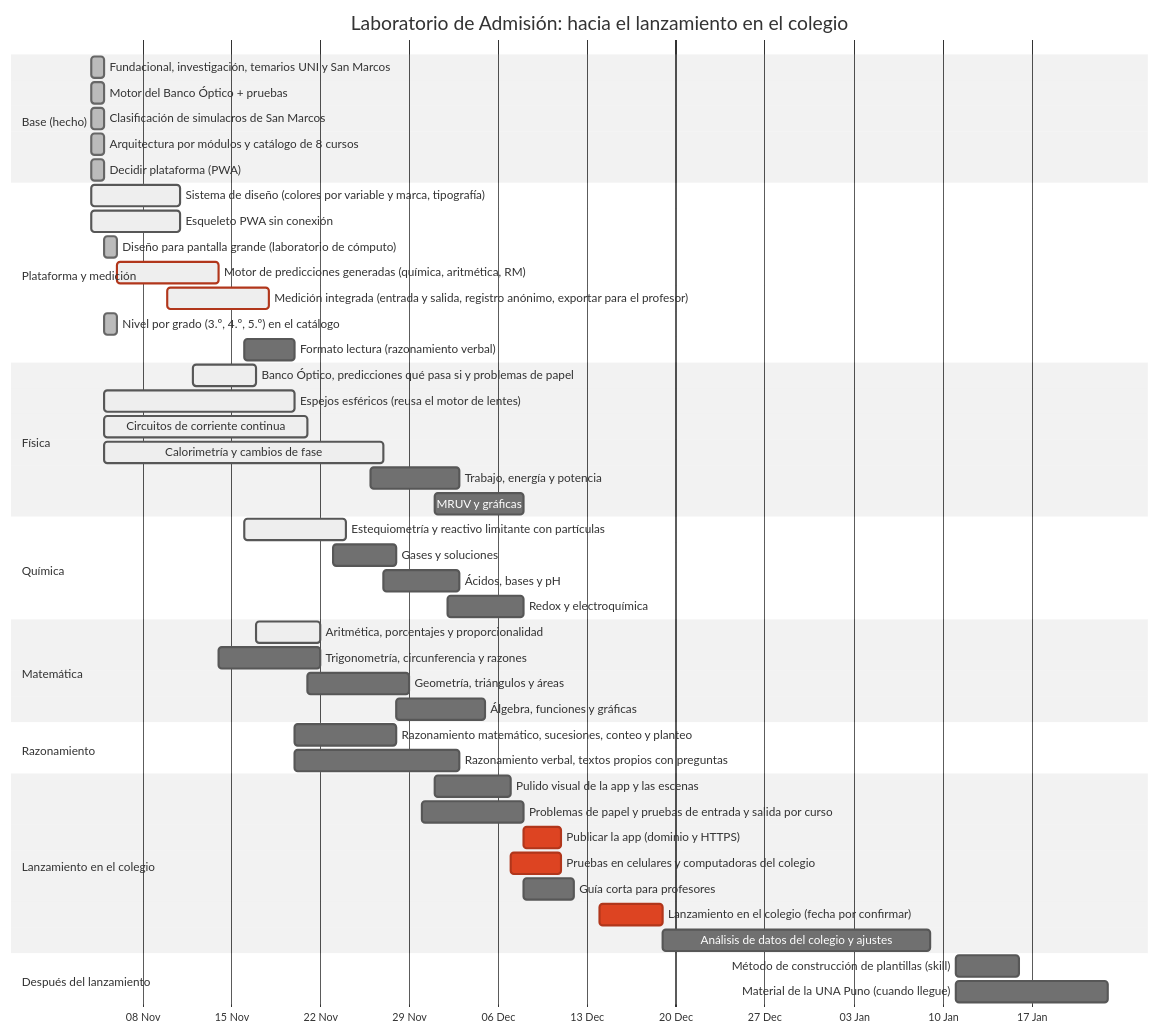
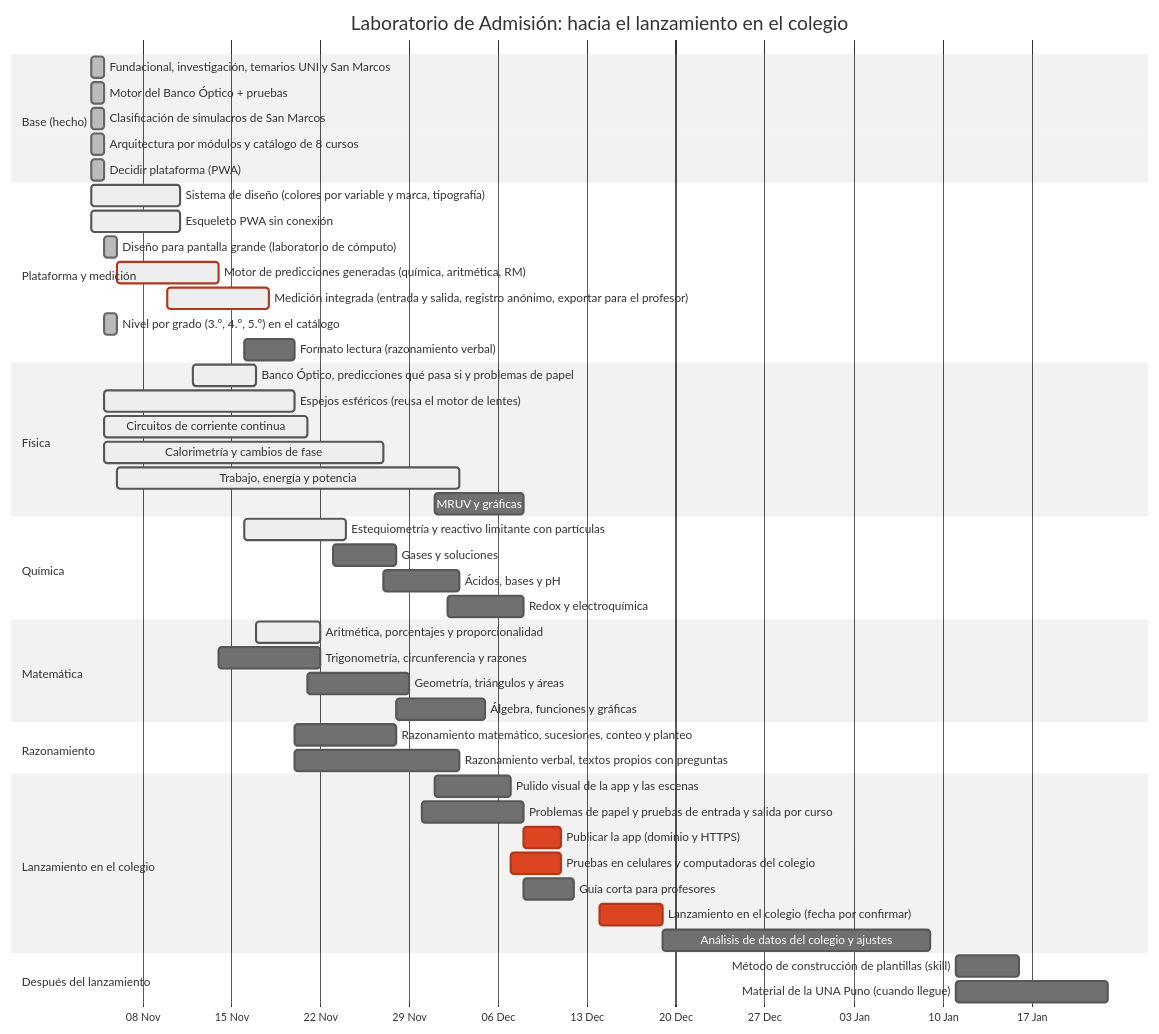
Before and after one commit to Eltiokarma/Mesa-de-Estudios: the diagram in docs/hoja-de-ruta.md, drawn with Mermaid (neutral theme). The commit also changed 13 other files, not shown here.

First line of the commit message:
Trabajo, energía y potencia: plantilla completa

````diff
--- a/docs/hoja-de-ruta.md
+++ b/docs/hoja-de-ruta.md
@@ -52,59 +52,59 @@
 ```mermaid
 gantt
     title Laboratorio de Admisión: hacia el lanzamiento en el colegio
     dateFormat  YYYY-MM-DD
     axisFormat  %d %b
 
     section Base (hecho)
     Fundacional, investigación, temarios UNI y San Marcos :done, f0a, 2026-11-04, 2026-11-05
     Motor del Banco Óptico + pruebas :done, f0b, 2026-11-04, 2026-11-05
     Clasificación de simulacros de San Marcos :done, f0c, 2026-11-04, 2026-11-05
     Arquitectura por módulos y catálogo de 8 cursos :done, f0g, 2026-11-04, 2026-11-05
     Decidir plataforma (PWA) :done, f0d, 2026-11-04, 2026-11-05
 
     section Plataforma y medición
     Sistema de diseño (colores por variable y marca, tipografía) :active, f0e, 2026-11-04, 2026-11-11
     Esqueleto PWA sin conexión :active, f0f, 2026-11-04, 2026-11-11
     Diseño para pantalla grande (laboratorio de cómputo) :done, pl1, 2026-11-05, 2026-11-06
     Motor de predicciones generadas (química, aritmética, RM) :active, crit, pl3, 2026-11-06, 2026-11-14
     Medición integrada (entrada y salida, registro anónimo, exportar para el profesor) :active, crit, pl2, 2026-11-10, 2026-11-18
     Nivel por grado (3.º, 4.º, 5.º) en el catálogo :done, pl5, 2026-11-05, 2026-11-06
     Formato lectura (razonamiento verbal) :pl4, 2026-11-16, 2026-11-20
 
     section Física
     Banco Óptico, predicciones qué pasa si y problemas de papel :active, fi1, 2026-11-12, 2026-11-17
     Espejos esféricos (reusa el motor de lentes) :active, fi5, 2026-11-05, 2026-11-20
     Circuitos de corriente continua :active, fi2, 2026-11-05, 2026-11-21
     Calorimetría y cambios de fase :active, fi3, 2026-11-05, 2026-11-27
-    Trabajo, energía y potencia :fi4, 2026-11-26, 2026-12-03
+    Trabajo, energía y potencia :active, fi4, 2026-11-06, 2026-12-03
     MRUV y gráficas :fi6, 2026-12-01, 2026-12-08
 
     section Química
     Estequiometría y reactivo limitante con partículas :active, qu1, 2026-11-16, 2026-11-24
     Gases y soluciones :qu2, 2026-11-23, 2026-11-28
     Ácidos, bases y pH :qu3, 2026-11-27, 2026-12-03
     Redox y electroquímica :qu4, 2026-12-02, 2026-12-08
 
     section Matemática
     Aritmética, porcentajes y proporcionalidad :active, ma4, 2026-11-17, 2026-11-22
     Trigonometría, circunferencia y razones :ma1, 2026-11-14, 2026-11-22
     Geometría, triángulos y áreas :ma2, 2026-11-21, 2026-11-29
     Álgebra, funciones y gráficas :ma3, 2026-11-28, 2026-12-05
 
     section Razonamiento
     Razonamiento matemático, sucesiones, conteo y planteo :ra1, 2026-11-20, 2026-11-28
     Razonamiento verbal, textos propios con preguntas :ra2, 2026-11-20, 2026-12-03
 
     section Lanzamiento en el colegio
     Pulido visual de la app y las escenas :pl6, 2026-12-01, 2026-12-07
     Problemas de papel y pruebas de entrada y salida por curso :la1, 2026-11-30, 2026-12-08
     Publicar la app (dominio y HTTPS) :crit, la3, 2026-12-08, 2026-12-11
     Pruebas en celulares y computadoras del colegio :crit, la2, 2026-12-07, 2026-12-11
     Guía corta para profesores :la4, 2026-12-08, 2026-12-12
     Lanzamiento en el colegio (fecha por confirmar) :crit, la5, 2026-12-14, 2026-12-19
     Análisis de datos del colegio y ajustes :la6, 2026-12-19, 2027-01-09
 
     section Después del lanzamiento
     Método de construcción de plantillas (skill) :f2a, 2027-01-11, 2027-01-16
     Material de la UNA Puno (cuando llegue) :f2c, 2027-01-11, 2027-01-23
 ```
````
